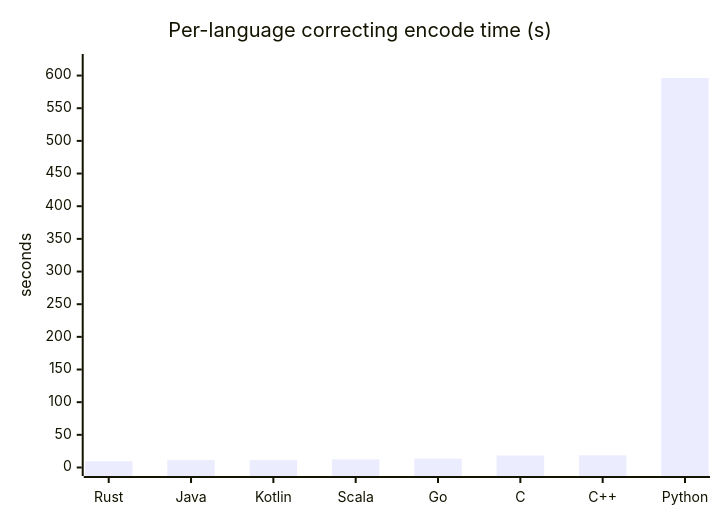
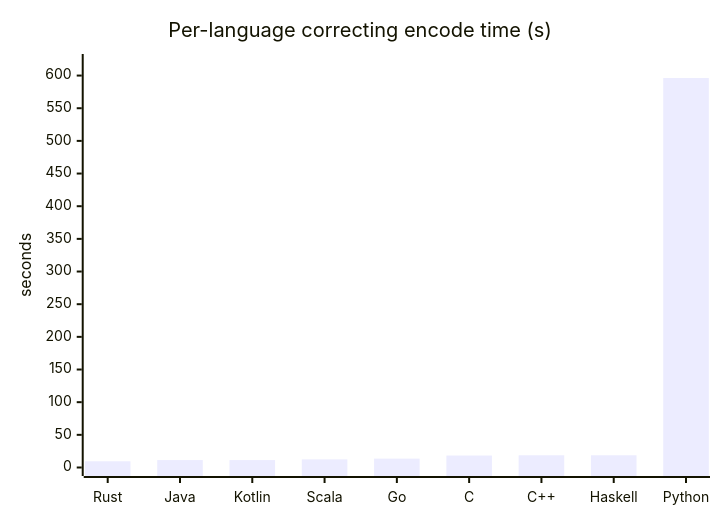
The second of 10 diagrams in ANALYSIS.md (darrelllong/Delta-Compression), drawn with Mermaid before and after one commit. The commit also changed other lines of this file and 11 other files, not shown here.

````diff
--- a/ANALYSIS.md
+++ b/ANALYSIS.md
@@ -319,7 +322,7 @@
 ```mermaid
 xychart-beta
     title "Per-language correcting encode time (s)"
-    x-axis ["Rust", "Java", "Kotlin", "Scala", "Go", "C", "C++", "Python"]
+    x-axis ["Rust", "Java", "Kotlin", "Scala", "Go", "C", "C++", "Haskell", "Python"]
     y-axis "seconds" 0 --> 620
-    bar [9.5, 11.4, 11.4, 12.4, 13.6, 18.3, 18.7, 596.3]
+    bar [9.5, 11.4, 11.4, 12.4, 13.6, 18.3, 18.7, 18.721, 596.3]
 ```
````
